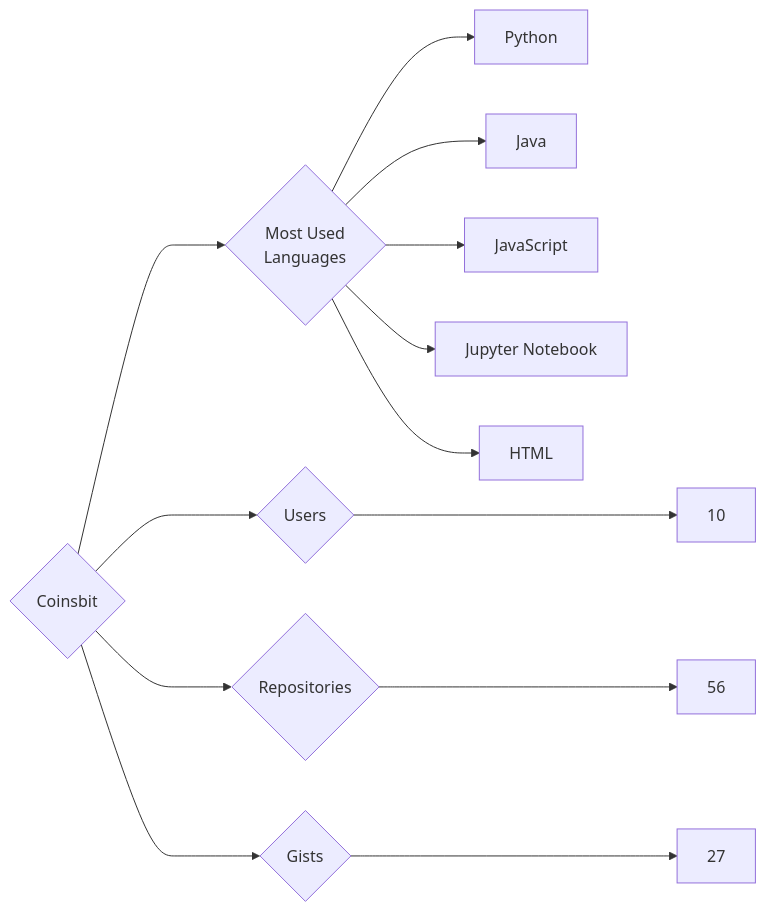
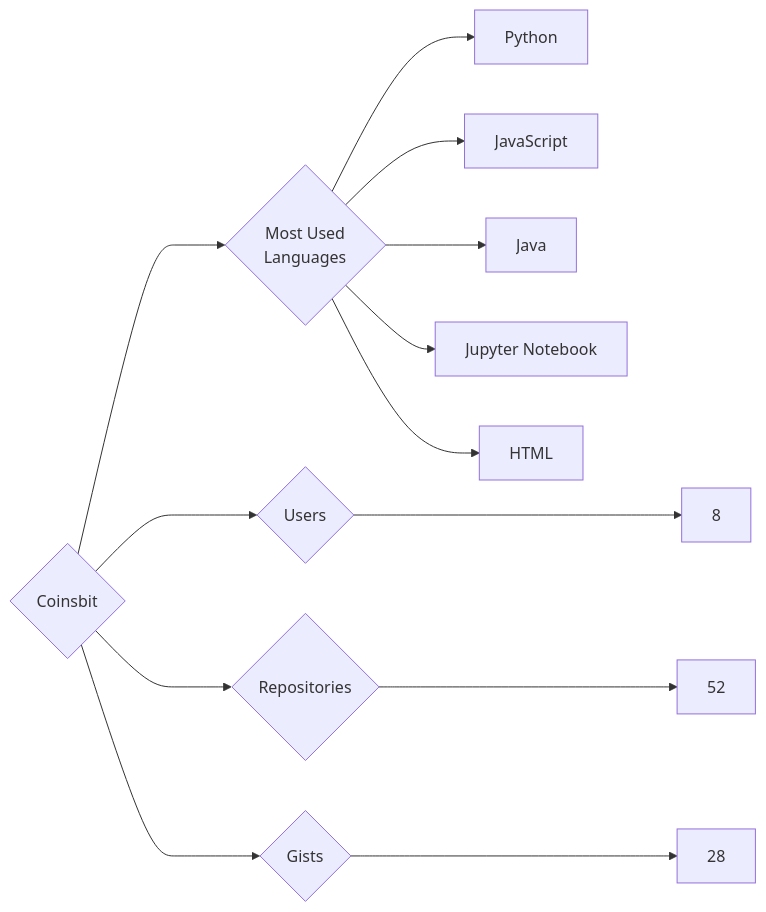
The diagram in targets/Coinsbit/README.md (trickest/insiders), drawn with Mermaid before and after one commit. The commit also changed 1084 other files, not shown here.

````diff
--- a/targets/Coinsbit/README.md
+++ b/targets/Coinsbit/README.md
@@ -3,13 +3,13 @@
 ```mermaid
 graph LR
 COMPANY_NAME{Coinsbit}
-COMPANY_NAME ---> U{Users} ---> UN[10]
-COMPANY_NAME ---> R{Repositories} ---> RN[56]
-COMPANY_NAME ---> G{Gists} ---> GN[27]
+COMPANY_NAME ---> U{Users} ---> UN[8]
+COMPANY_NAME ---> R{Repositories} ---> RN[52]
+COMPANY_NAME ---> G{Gists} ---> GN[28]
 COMPANY_NAME ---> ML{Most Used<br>Languages}
 ML --> Python[Python]
+ML --> JavaScript[JavaScript]
 ML --> Java[Java]
-ML --> JavaScript[JavaScript]
 ML --> Jupyter_Notebook[Jupyter Notebook]
 ML --> HTML[HTML]
 ```
````
